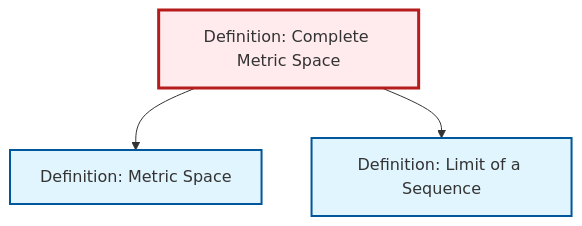
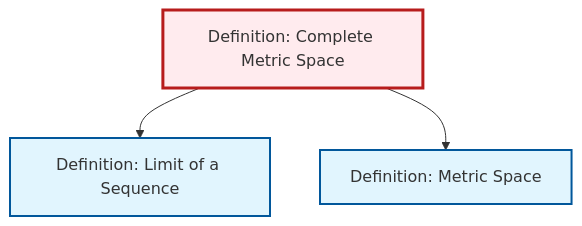
Before and after one commit to RK0429/ModernMath: the diagram in content/en/analysis/def-complete-metric-space.qmd, drawn with Mermaid. The commit also changed other lines of this file and 417 other files, not shown here.

````diff
--- a/content/en/analysis/def-complete-metric-space.qmd
+++ b/content/en/analysis/def-complete-metric-space.qmd
@@ -60,17 +60,17 @@
 ```{mermaid}
 %%| fig-cap: "Local dependency graph"
 graph TD
     classDef definition fill:#e1f5fe,stroke:#01579b,stroke-width:2px
     classDef theorem fill:#f3e5f5,stroke:#4a148c,stroke-width:2px
     classDef axiom fill:#fff3e0,stroke:#e65100,stroke-width:2px
     classDef example fill:#e8f5e9,stroke:#1b5e20,stroke-width:2px
     classDef current fill:#ffebee,stroke:#b71c1c,stroke-width:3px
+    def-limit["Definition: Limit of a Sequence"]:::definition
+    def-complete-metric-space["Definition: Complete Metric Space"]:::definition
     def-metric-space["Definition: Metric Space"]:::definition
-    def-complete-metric-space["Definition: Complete Metric Space"]:::definition
-    def-limit["Definition: Limit of a Sequence"]:::definition
+    def-complete-metric-space --> def-limit
     def-complete-metric-space --> def-metric-space
-    def-complete-metric-space --> def-limit
     class def-complete-metric-space current
+    click def-limit "def-limit.html" "Go to Limit of a Sequence definition"
     click def-metric-space "def-metric-space.html" "Go to Metric Space definition"
-    click def-limit "def-limit.html" "Go to Limit of a Sequence definition"
 ```
````
